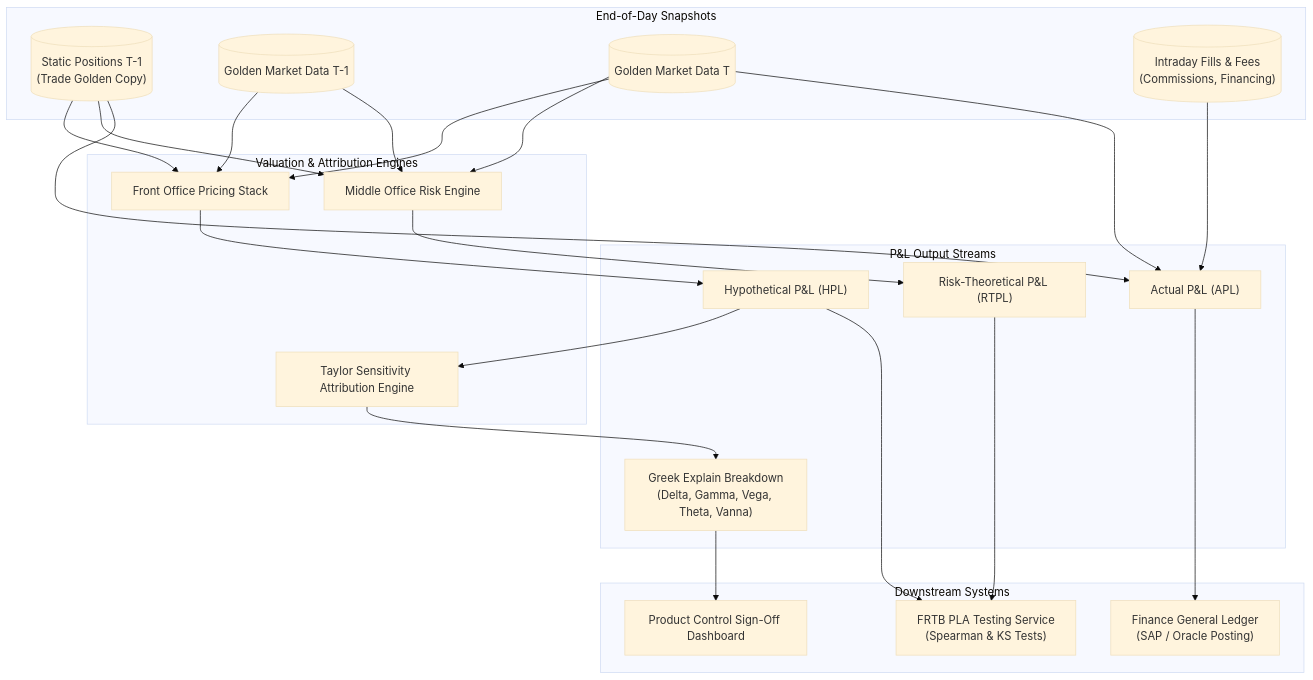
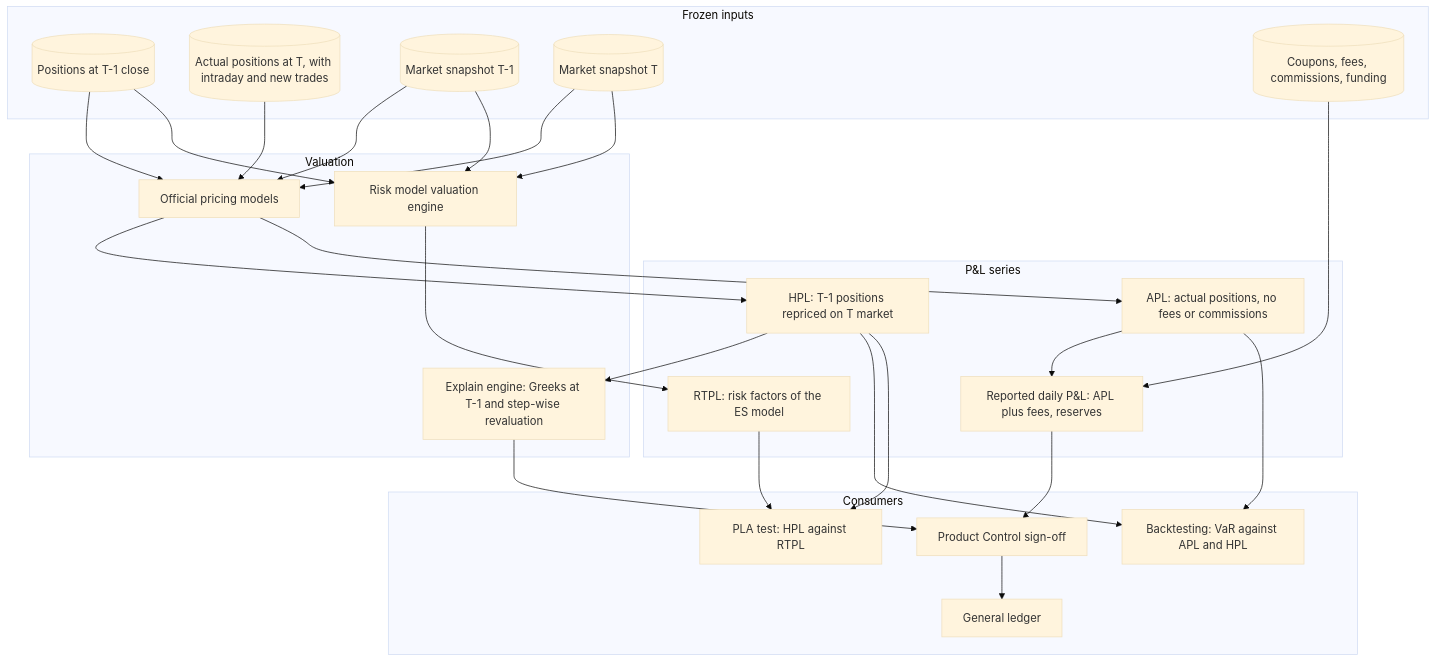
Before and after one commit to shreejitverma/The-Quant-Prep: the diagram in 18-Pricing-and-Risk-Systems/09-PnL-Platform.md, drawn with Mermaid (base theme). The commit also changed other lines of this file and 13 other files, not shown here.

First line of the commit message:
fix(18-Pricing-and-Risk-Systems): verify notes 07-12 and their code against primary sources (#68)

````diff
--- a/18-Pricing-and-Risk-Systems/09-PnL-Platform.md
+++ b/18-Pricing-and-Risk-Systems/09-PnL-Platform.md
@@ -68,51 +79,47 @@
 ```mermaid
 flowchart TB
-    subgraph Snapshots["End-of-Day Snapshots"]
-        FrozenTrades[("Static Positions T-1\n(Trade Golden Copy)")]
-        MarketT0[("Golden Market Data T-1")]
-        MarketT1[("Golden Market Data T")]
-        Events[("Intraday Fills & Fees\n(Commissions, Financing)")]
+    subgraph Inputs["Frozen inputs"]
+        PosT1[("Positions at T-1 close")]
+        PosT[("Actual positions at T, with intraday and new trades")]
+        MktT1[("Market snapshot T-1")]
+        MktT[("Market snapshot T")]
+        Cash[("Coupons, fees, commissions, funding")]
     end
-
-    subgraph Engines["Valuation & Attribution Engines"]
-        FOPricer["Front Office Pricing Stack"]
-        RiskPricer["Middle Office Risk Engine"]
-        TaylorEngine["Taylor Sensitivity Attribution Engine"]
+    subgraph Engines["Valuation"]
+        FO["Official pricing models"]
+        RiskVal["Risk model valuation engine"]
+        Explain["Explain engine: Greeks at T-1 and step-wise revaluation"]
     end
-
-    subgraph Metrics["P&L Output Streams"]
-        HPL["Hypothetical P&L (HPL)"]
-        RTPL["Risk-Theoretical P&L (RTPL)"]
-        APL["Actual P&L (APL)"]
-        Explain["Greek Explain Breakdown\n(Delta, Gamma, Vega, Theta, Vanna)"]
+    subgraph Series["P&L series"]
+        HPL["HPL: T-1 positions repriced on T market"]
+        APL["APL: actual positions, no fees or commissions"]
+        RTPL["RTPL: risk factors of the ES model"]
+        Reported["Reported daily P&L: APL plus fees, reserves"]
     end
-
-    subgraph Consumers["Downstream Systems"]
-        PLA["FRTB PLA Testing Service\n(Spearman & KS Tests)"]
-        ProdControl["Product Control Sign-Off Dashboard"]
-        GL["Finance General Ledger\n(SAP / Oracle Posting)"]
+    subgraph Consumers["Consumers"]
+        BT["Backtesting: VaR against APL and HPL"]
+        PLA["PLA test: HPL against RTPL"]
+        PC["Product Control sign-off"]
+        GL["General ledger"]
     end
-
-    FrozenTrades --> FOPricer
-    MarketT0 --> FOPricer
-    MarketT1 --> FOPricer
-    FOPricer --> HPL
-
-    FrozenTrades --> RiskPricer
-    MarketT0 --> RiskPricer
-    MarketT1 --> RiskPricer
-    RiskPricer --> RTPL
-
-    FrozenTrades --> APL
-    Events --> APL
-    MarketT1 --> APL
-
-    HPL --> TaylorEngine
-    TaylorEngine --> Explain
-    Explain --> ProdControl
-
+    PosT1 --> FO
+    MktT1 --> FO
+    MktT --> FO
+    FO --> HPL
+    PosT --> FO
+    FO --> APL
+    PosT1 --> RiskVal
+    MktT1 --> RiskVal
+    MktT --> RiskVal
+    RiskVal --> RTPL
+    Cash --> Reported
+    APL --> Reported
+    HPL --> Explain
+    Explain --> PC
+    Reported --> PC
+    PC --> GL
+    APL --> BT
+    HPL --> BT
     HPL --> PLA
     RTPL --> PLA
-
-    APL --> GL
 ```
````
